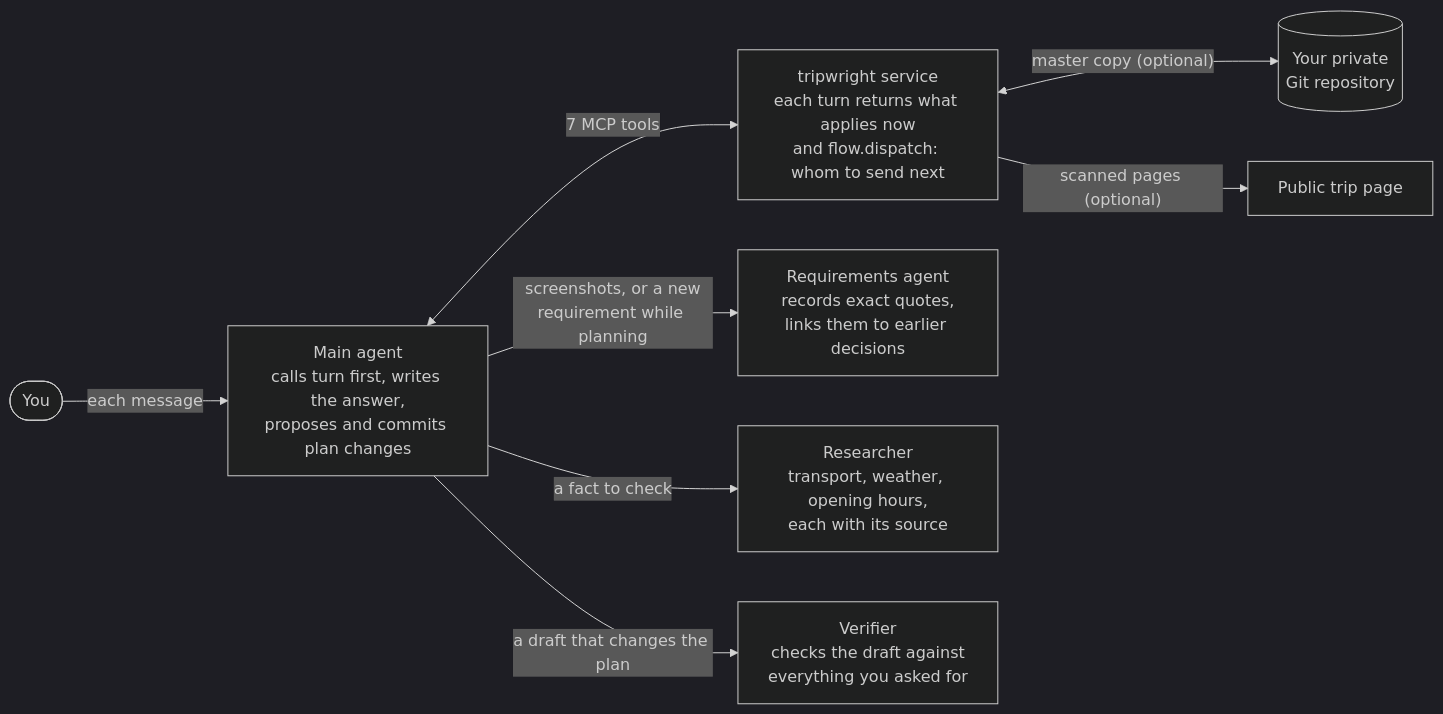
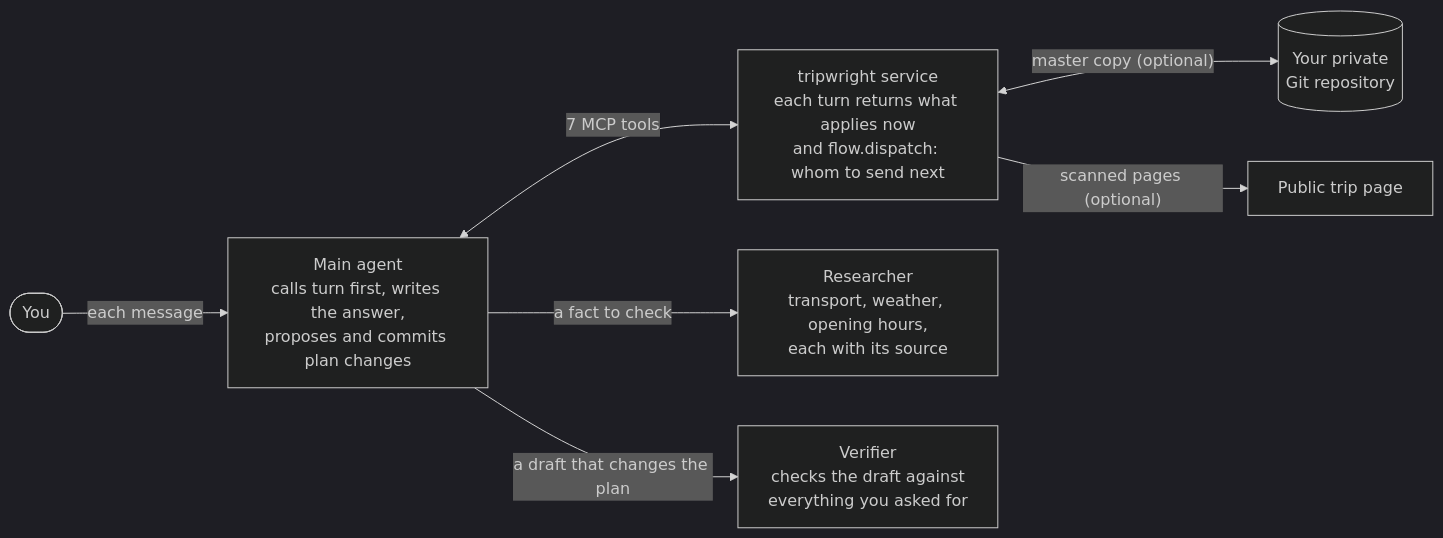
Before and after one commit to zlxdengtianhei/tripwright: the first of 3 diagrams in README.md, drawn with Mermaid (dark theme). The commit also changed other lines of this file and 37 other files, not shown here.

First line of the commit message:
Round 4: an undo goes back in one call and nothing holds it; the requirements role folds into the main agent

````diff
--- a/README.md
+++ b/README.md
@@ -27,10 +27,9 @@
 ```mermaid
 flowchart LR
     U(["You"]) -->|"each message"| M["Main agent<br/>calls turn first, writes the answer,<br/>proposes and commits plan changes"]
     M <-->|"7 MCP tools"| S["tripwright service<br/>each turn returns what applies now<br/>and flow.dispatch: whom to send next"]
-    M -->|"screenshots, or a new<br/>requirement while planning"| R["Requirements agent<br/>records exact quotes,<br/>links them to earlier decisions"]
     M -->|"a fact to check"| Q["Researcher<br/>transport, weather, opening hours,<br/>each with its source"]
     M -->|"a draft that changes the plan"| V["Verifier<br/>checks the draft against<br/>everything you asked for"]
     S <-->|"master copy (optional)"| G[("Your private<br/>Git repository")]
     S -->|"scanned pages (optional)"| P["Public trip page"]
 ```
````
